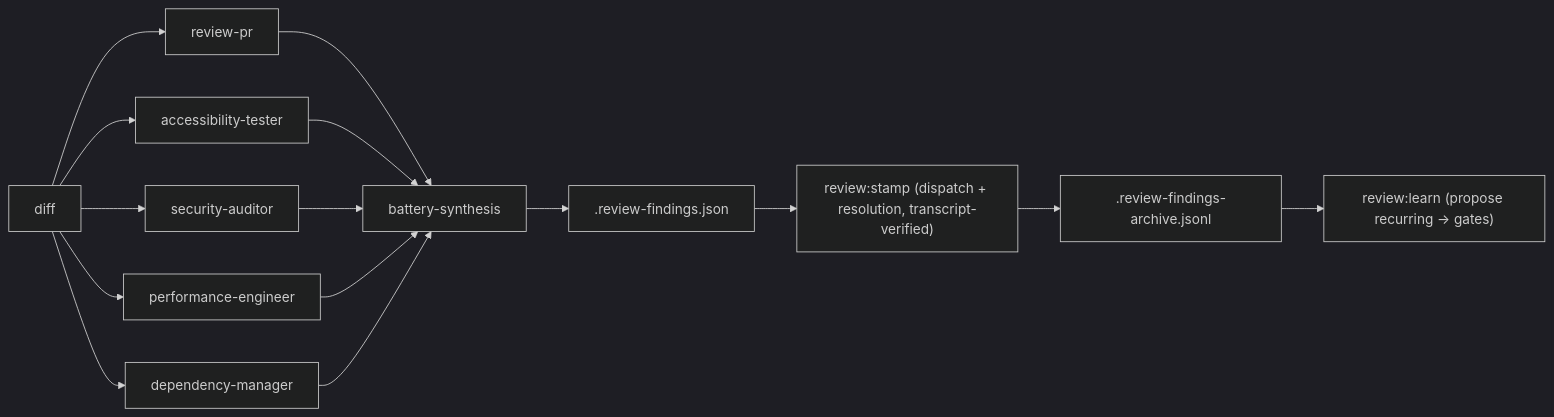
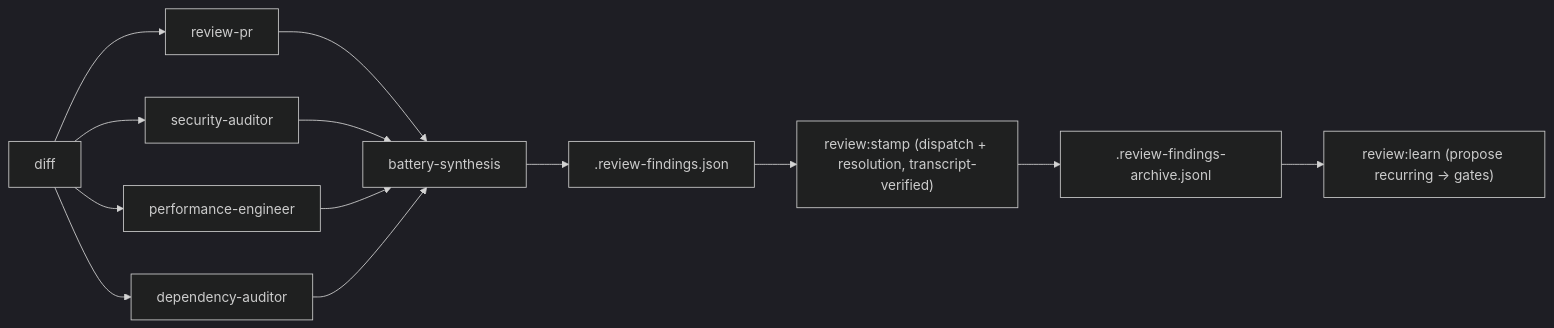
Before and after one commit to erikunha/portfolio: the fifth of 10 diagrams in docs/handbook/diagrams.md, drawn with Mermaid (dark theme). The commit also changed other lines of this file and 79 other files, not shown here.

````diff
--- a/docs/handbook/diagrams.md
+++ b/docs/handbook/diagrams.md
@@ -73,9 +73,9 @@
 ```mermaid
 flowchart LR
-    diff --> b1["review-pr"] & b2["accessibility-tester"] & b3["security-auditor"] & b4["performance-engineer"] & b5["dependency-manager"]
-    b1 & b2 & b3 & b4 & b5 --> s["battery-synthesis"]
+    diff --> b1["review-pr"] & b2["security-auditor"] & b3["performance-engineer"] & b4["dependency-auditor"]
+    b1 & b2 & b3 & b4 --> s["battery-synthesis"]
     s --> l[".review-findings.json"]
     l --> st["review:stamp (dispatch + resolution, transcript-verified)"]
     st --> ar[".review-findings-archive.jsonl"]
     ar --> ln["review:learn (propose recurring -> gates)"]
 ```
````
